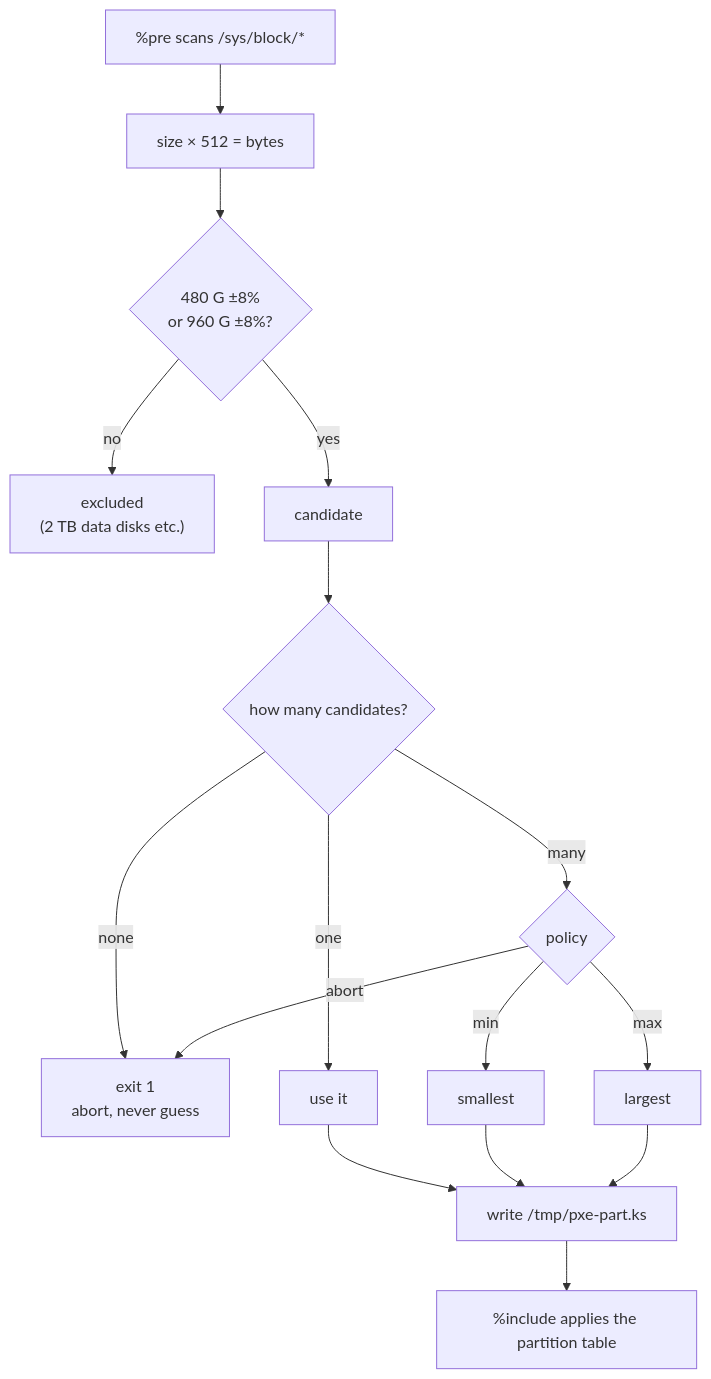
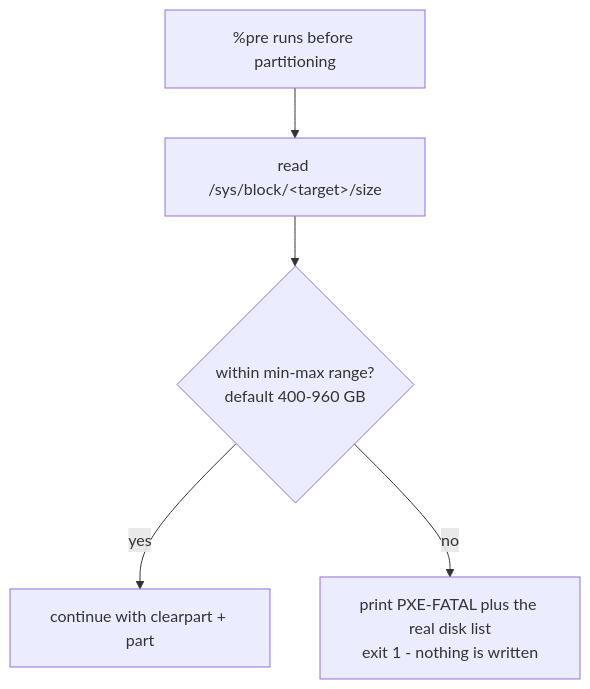
Before and after one commit to Qeao-zl/pxe: the third of 3 diagrams in README.md, drawn with Mermaid. The commit also changed other lines of this file and 1 other file, not shown here.

````diff
--- a/README.md
+++ b/README.md
@@ -199,18 +261,7 @@
 ```mermaid
 flowchart TD
-    A["%pre scans /sys/block/*"] --> B["size × 512 = bytes"]
-    B --> C{"480 G ±8%<br/>or 960 G ±8%?"}
-    C -- no --> D["excluded<br/>(2 TB data disks etc.)"]
-    C -- yes --> E["candidate"]
-    E --> F{"how many candidates?"}
-    F -- none --> X["exit 1<br/>abort, never guess"]
-    F -- one --> G["use it"]
-    F -- many --> H{"policy"}
-    H -- abort --> X
-    H -- min --> I["smallest"]
-    H -- max --> J["largest"]
-    G --> K["write /tmp/pxe-part.ks"]
-    I --> K
-    J --> K
-    K --> L["%include applies the partition table"]
+    A["%pre runs before partitioning"] --> B["read /sys/block/&lt;target&gt;/size"]
+    B --> C{"within min-max range?<br/>default 400-960 GB"}
+    C -- yes --> D["continue with clearpart + part"]
+    C -- no --> E["print PXE-FATAL plus the real disk list<br/>exit 1 - nothing is written"]
 ```
````
